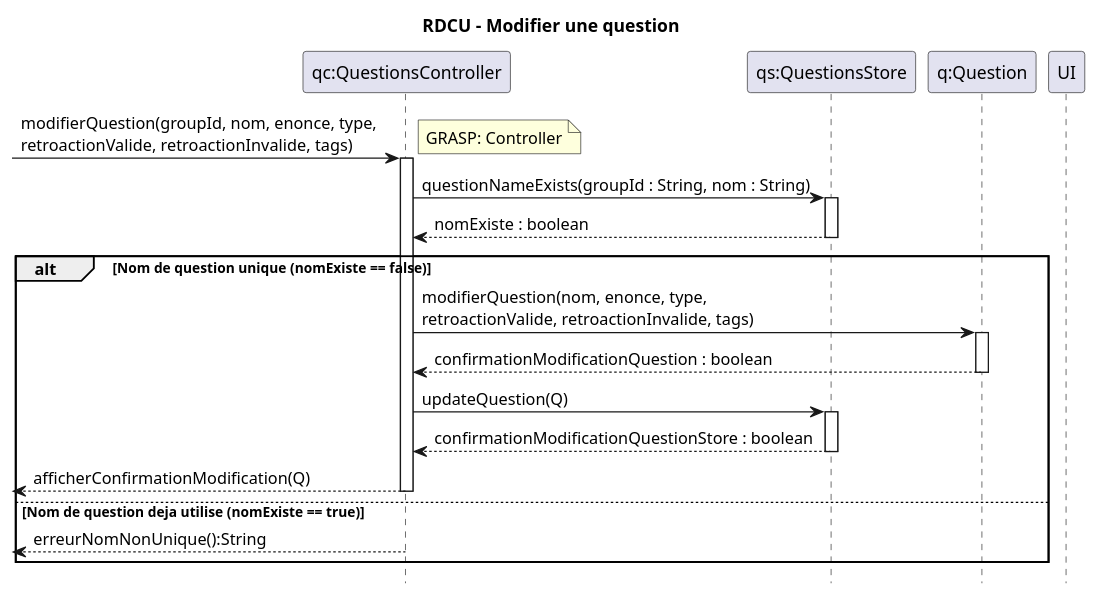
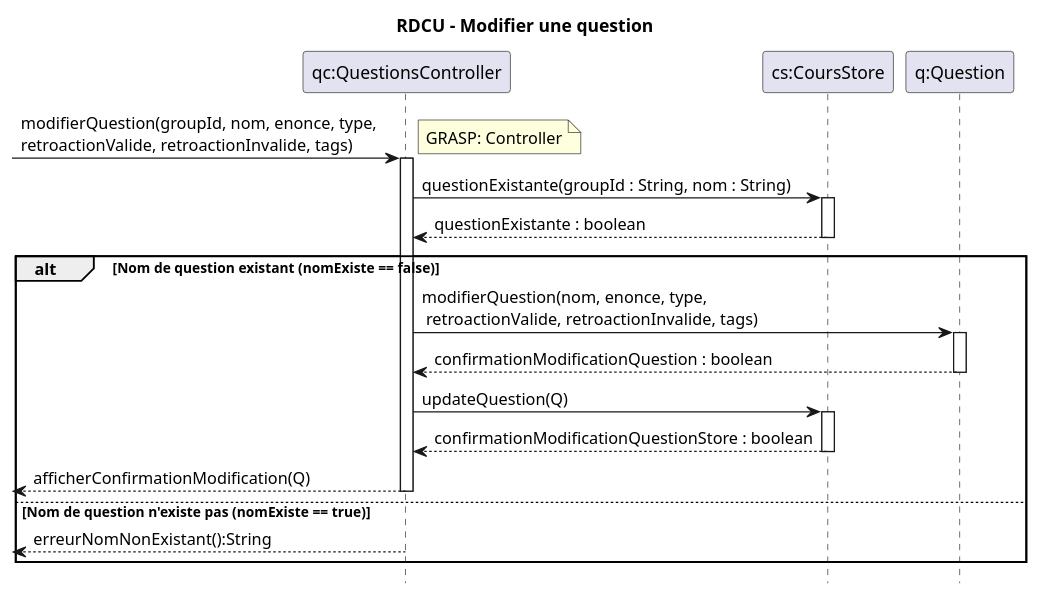
Before and after one commit to xMrYahya/moodle-clone: the diagram in docs/modeles/cu02/rdcu-modifier-question.puml, drawn with PlantUML. The commit also changed 7 other files, not shown here.

Commit message:
Changement de QuestionStore a CoursStore et commencer a changer noms pour mieux fit le code (incomplet)

```diff
--- a/docs/modeles/cu02/rdcu-modifier-question.puml
+++ b/docs/modeles/cu02/rdcu-modifier-question.puml
@@ -1,38 +1,37 @@
 @startuml
 hide footbox
 title RDCU – Modifier une question
 
 participant "qc:QuestionsController" as QC
-participant "qs:QuestionsStore" as QS
+participant "cs:CoursStore" as CS
 participant "q:Question" as Q
 
 -> QC : modifierQuestion(groupId, nom, enonce, type,\nretroactionValide, retroactionInvalide, tags)
 note right: GRASP: Controller
 activate QC
 
-QC -> QS : questionNameExists(groupId : String, nom : String)
-activate QS
-QS --> QC : nomExiste : boolean
-deactivate QS
+QC -> CS : questionExistante(groupId : String, nom : String)
+activate CS
+CS --> QC : questionExistante : boolean
+deactivate CS
 
-alt Nom de question unique (nomExiste == false)
-  QC -> Q : modifierQuestion(nom, enonce, type,\nretroactionValide, retroactionInvalide, tags)
+alt Nom de question existant (nomExiste == false)
+  QC -> Q : modifierQuestion(nom, enonce, type,\n retroactionValide, retroactionInvalide, tags)
   activate Q
   Q --> QC : confirmationModificationQuestion : boolean
   deactivate Q
 
-  QC -> QS : updateQuestion(Q)
-  activate QS
-  QS --> QC : confirmationModificationQuestionStore : boolean
-  deactivate QS
+  QC -> CS : updateQuestion(Q)
+  activate CS
+  CS --> QC : confirmationModificationQuestionStore : boolean
+  deactivate CS
 
   <-- QC : afficherConfirmationModification(Q)
   deactivate QC
 
-else Nom de question deja utilise (nomExiste == true)
-
-  <-- QC : erreurNomNonUnique():String
-  deactivate UI
+else Nom de question n'existe pas (nomExiste == true)
+  <-- QC : erreurNomNonExistant():String
+  deactivate QC
 end
 
 @enduml
```
